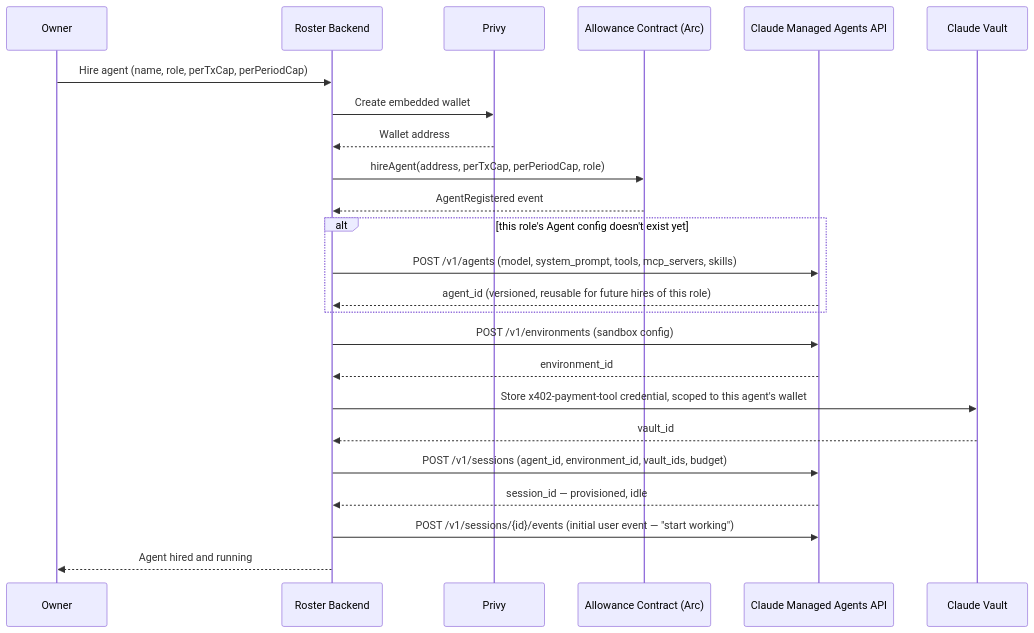
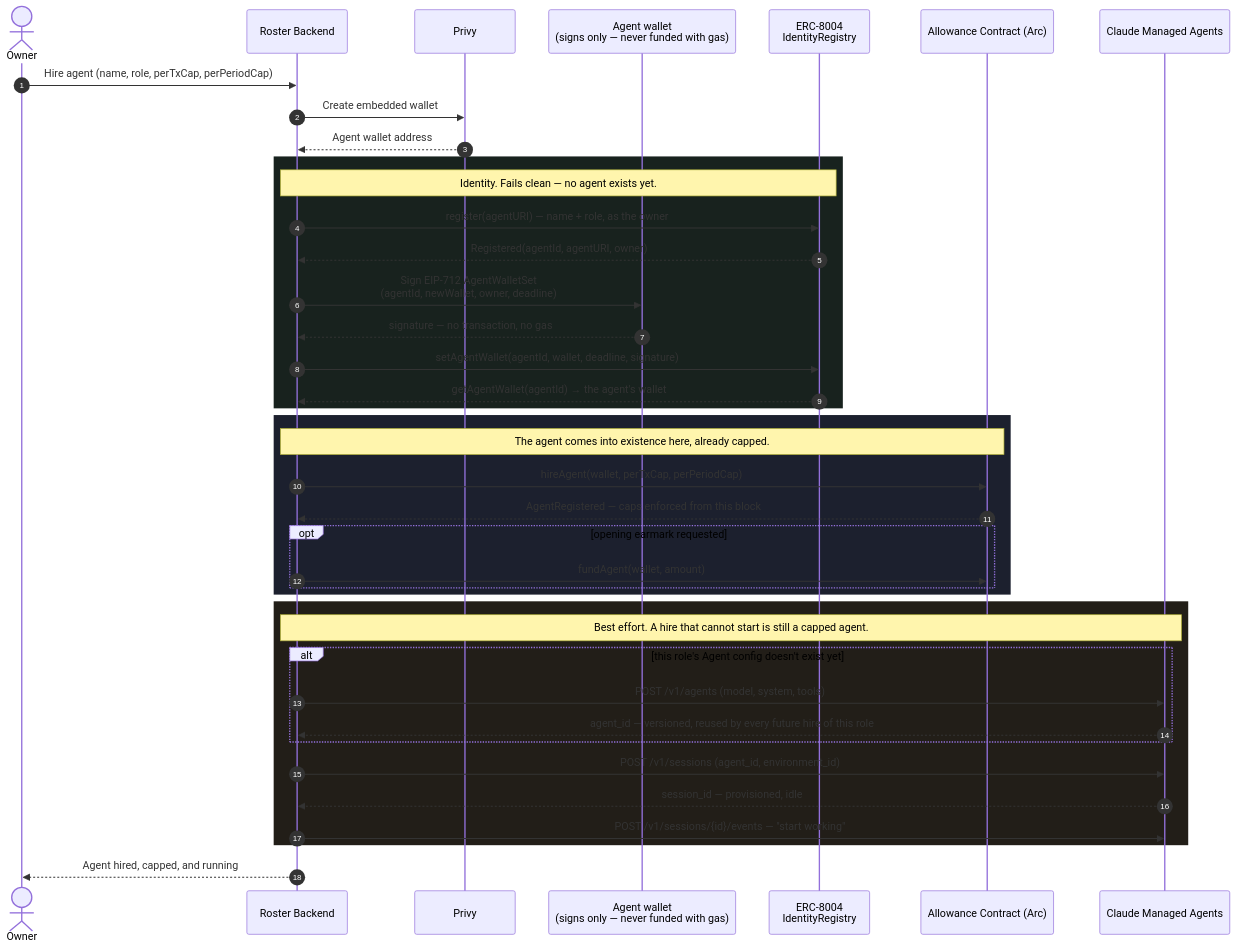
Before and after one commit to aiagentdev-1990/bursar: the second of 7 diagrams in docs/TECH-DESIGN.md, drawn with Mermaid. The commit also changed other lines of this file and 1 other file, not shown here.

````diff
--- a/docs/TECH-DESIGN.md
+++ b/docs/TECH-DESIGN.md
@@ -78,33 +121,48 @@
 ```mermaid
 sequenceDiagram
-    participant Owner
+    autonumber
+    actor Owner
     participant Backend as Roster Backend
     participant Privy
+    participant Wallet as Agent wallet<br/>(signs only — never funded with gas)
+    participant Registry as ERC-8004<br/>IdentityRegistry
     participant Contract as Allowance Contract (Arc)
-    participant Claude as Claude Managed Agents API
-    participant Vault as Claude Vault
+    participant Claude as Claude Managed Agents
 
     Owner->>Backend: Hire agent (name, role, perTxCap, perPeriodCap)
+
     Backend->>Privy: Create embedded wallet
-    Privy-->>Backend: Wallet address
+    Privy-->>Backend: Agent wallet address
 
-    Backend->>Contract: hireAgent(address, perTxCap, perPeriodCap, role)
-    Contract-->>Backend: AgentRegistered event
-
-    alt this role's Agent config doesn't exist yet
-        Backend->>Claude: POST /v1/agents (model, system_prompt, tools, mcp_servers, skills)
-        Claude-->>Backend: agent_id (versioned, reusable for future hires of this role)
+    rect rgb(24, 34, 30)
+        Note over Backend,Registry: Identity. Fails clean — no agent exists yet.
+        Backend->>Registry: register(agentURI) — name + role, as the owner
+        Registry-->>Backend: Registered(agentId, agentURI, owner)
+        Backend->>Wallet: Sign EIP-712 AgentWalletSet<br/>(agentId, newWallet, owner, deadline)
+        Wallet-->>Backend: signature — no transaction, no gas
+        Backend->>Registry: setAgentWallet(agentId, wallet, deadline, signature)
+        Registry-->>Backend: getAgentWallet(agentId) → the agent's wallet
     end
 
-    Backend->>Claude: POST /v1/environments (sandbox config)
-    Claude-->>Backend: environment_id
+    rect rgb(28, 32, 46)
+        Note over Backend,Contract: The agent comes into existence here, already capped.
+        Backend->>Contract: hireAgent(wallet, perTxCap, perPeriodCap)
+        Contract-->>Backend: AgentRegistered — caps enforced from this block
+        opt opening earmark requested
+            Backend->>Contract: fundAgent(wallet, amount)
+        end
+    end
 
-    Backend->>Vault: Store x402-payment-tool credential, scoped to this agent's wallet
-    Vault-->>Backend: vault_id
+    rect rgb(34, 30, 24)
+        Note over Backend,Claude: Best effort. A hire that cannot start is still a capped agent.
+        alt this role's Agent config doesn't exist yet
+            Backend->>Claude: POST /v1/agents (model, system, tools)
+            Claude-->>Backend: agent_id — versioned, reused by every future hire of this role
+        end
+        Backend->>Claude: POST /v1/sessions (agent_id, environment_id)
+        Claude-->>Backend: session_id — provisioned, idle
+        Backend->>Claude: POST /v1/sessions/{id}/events — "start working"
+    end
 
-    Backend->>Claude: POST /v1/sessions (agent_id, environment_id, vault_ids, budget)
-    Claude-->>Backend: session_id — provisioned, idle
-
-    Backend->>Claude: POST /v1/sessions/{id}/events (initial user event — "start working")
-    Backend-->>Owner: Agent hired and running
+    Backend-->>Owner: Agent hired, capped, and running
 ```
````
